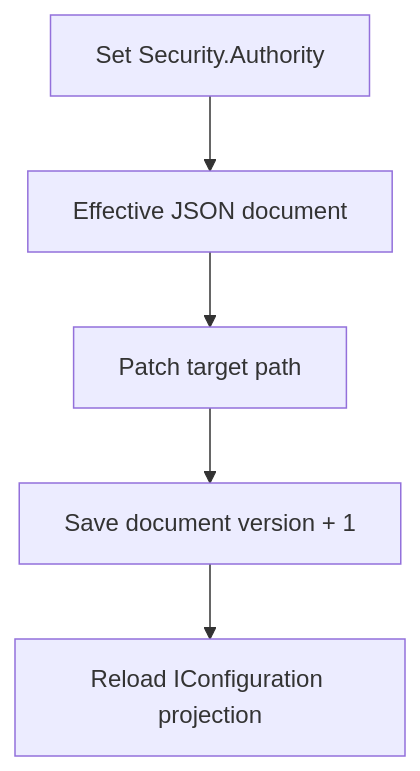
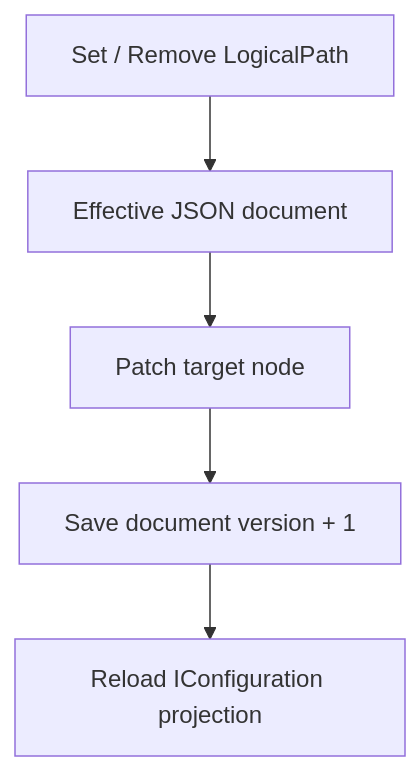
Before and after one commit to Tairitsua/Monica.Docs: the diagram in docs/zh-CN/modules/configuration/configuration.md, drawn with Mermaid. The commit also changed other lines of this file and 10 other files, not shown here.

````diff
--- a/docs/zh-CN/modules/configuration/configuration.md
+++ b/docs/zh-CN/modules/configuration/configuration.md
@@ -98,10 +106,10 @@
 ```mermaid
 flowchart TD
-    setLeaf["Set Security.Authority"]
+    edit["Set / Remove LogicalPath"]
     document["Effective JSON document"]
-    patch["Patch target path"]
+    patch["Patch target node"]
     save["Save document version + 1"]
     project["Reload IConfiguration projection"]
 
-    setLeaf --> document --> patch --> save --> project
+    edit --> document --> patch --> save --> project
 ```
````
